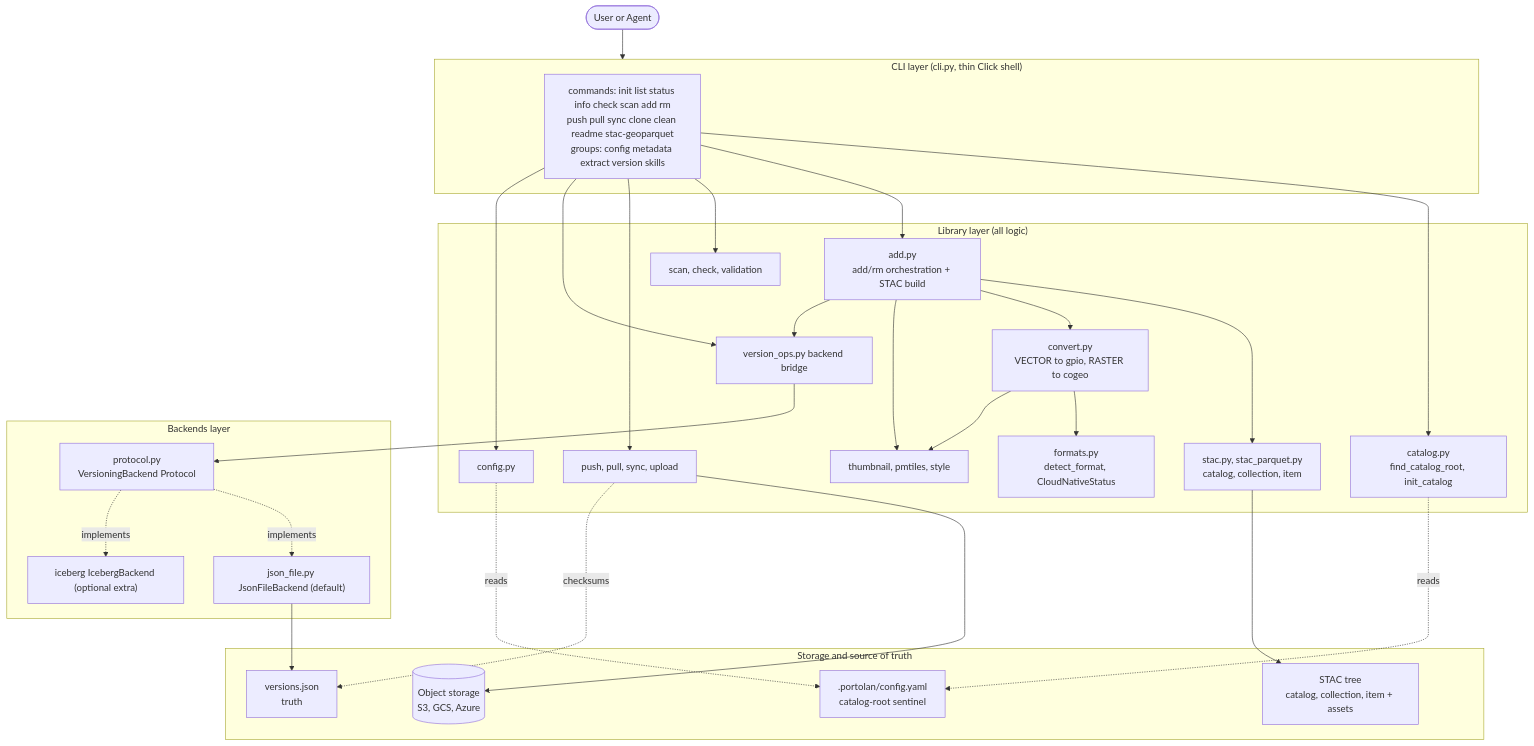
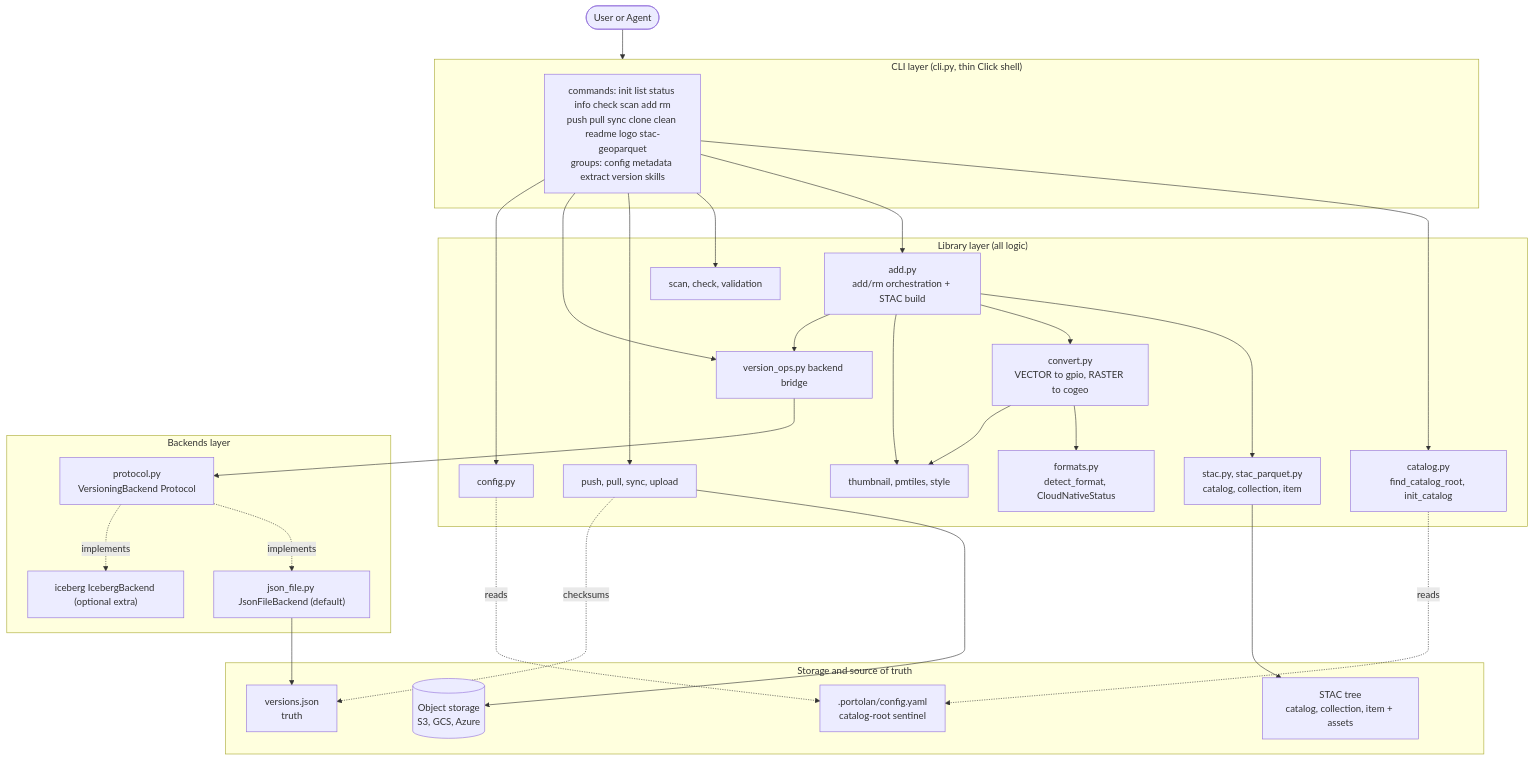
One commit to portolan-sdi/portolan-cli changed the diagram in .claude/rules/architecture.md. Above: the diagram before and after it, drawn with Mermaid. The commit also changed other lines of this file and 10 other files, not shown here.

````diff
--- a/.claude/rules/architecture.md
+++ b/.claude/rules/architecture.md
@@ -15,51 +15,51 @@
 ```mermaid
 flowchart TD
     user([User or Agent]) --> CLI
     subgraph CLI["CLI layer (cli.py, thin Click shell)"]
-        cmds["commands: init list status info check scan add rm<br/>push pull sync clone clean readme stac-geoparquet<br/>groups: config metadata extract version skills"]
+        cmds["commands: init list status info check scan add rm<br/>push pull sync clone clean readme logo stac-geoparquet<br/>groups: config metadata extract version skills"]
     end
     subgraph LIB["Library layer (all logic)"]
         catalog["catalog.py<br/>find_catalog_root, init_catalog"]
         dataset["add.py<br/>add/rm orchestration + STAC build"]
         stac["stac.py, stac_parquet.py<br/>catalog, collection, item"]
         formats["formats.py<br/>detect_format, CloudNativeStatus"]
         convert["convert.py<br/>VECTOR to gpio, RASTER to cogeo"]
         viz["thumbnail, pmtiles, style"]
         scan["scan, check, validation"]
         syncmod["push, pull, sync, upload"]
         vops["version_ops.py backend bridge"]
         config["config.py"]
     end
     subgraph BK["Backends layer"]
         proto["protocol.py<br/>VersioningBackend Protocol"]
         jsonbk["json_file.py JsonFileBackend (default)"]
         iceberg["iceberg IcebergBackend (optional extra)"]
         proto -.implements.-> jsonbk
         proto -.implements.-> iceberg
     end
     subgraph STORE["Storage and source of truth"]
         sentinel[".portolan/config.yaml<br/>catalog-root sentinel"]
         versions["versions.json<br/>truth"]
         stactree["STAC tree<br/>catalog, collection, item + assets"]
         object[("Object storage<br/>S3, GCS, Azure")]
     end
     cmds --> catalog
     cmds --> dataset
     cmds --> scan
     cmds --> syncmod
     cmds --> vops
     cmds --> config
     dataset --> stac
     dataset --> convert
     convert --> formats
     convert --> viz
     dataset --> viz
     dataset --> vops
     vops --> proto
     catalog -.reads.-> sentinel
     config -.reads.-> sentinel
     jsonbk --> versions
     stac --> stactree
     syncmod --> object
     syncmod -.checksums.-> versions
 ```
````
